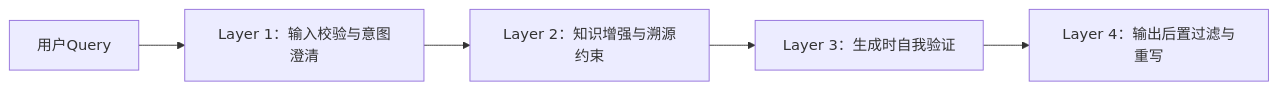
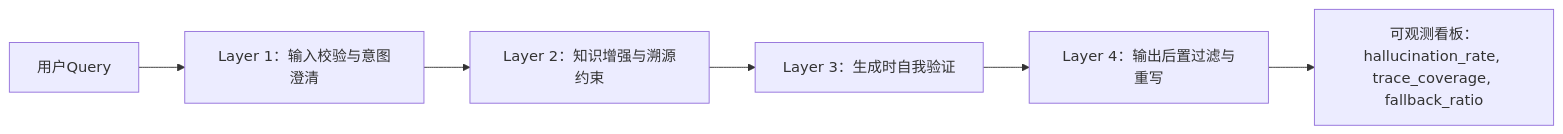
One commit to liuwei1993/ai-llm-agent-knowledge changed the diagram in 14-幻觉问题/减少幻觉的工程方法.md. Above: the diagram before and after it, drawn with Mermaid. The commit also changed other lines of this file and 1 other file, not shown here.

````diff
--- a/14-幻觉问题/减少幻觉的工程方法.md
+++ b/14-幻觉问题/减少幻觉的工程方法.md
@@ -34,7 +38,8 @@
 ```mermaid
 graph LR
 A[用户Query] --> B[Layer 1：输入校验与意图澄清]
 B --> C[Layer 2：知识增强与溯源约束]
 C --> D[Layer 3：生成时自我验证]
 D --> E[Layer 4：输出后置过滤与重写]
+E --> F[可观测看板：hallucination_rate, trace_coverage, fallback_ratio]
 ```
````
